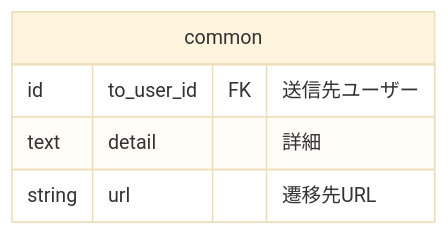
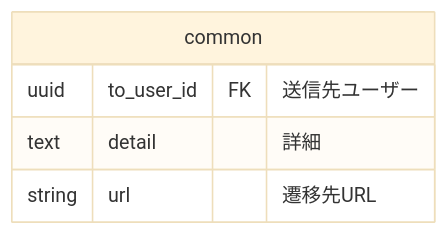
Before and after one commit to bright-org/bright: the second of 7 diagrams in docs/conceptual_schemas/notifications.md, drawn with Mermaid (base theme). The commit also changed other lines of this file, not shown here.

````diff
--- a/docs/conceptual_schemas/notifications.md
+++ b/docs/conceptual_schemas/notifications.md
@@ -85,8 +85,8 @@
 ```mermaid
 erDiagram
   common {
-    id to_user_id	FK "送信先ユーザー"
+    uuid to_user_id	FK "送信先ユーザー"
     text detail	"詳細"
     string url "遷移先URL"
   }
 ```
````
